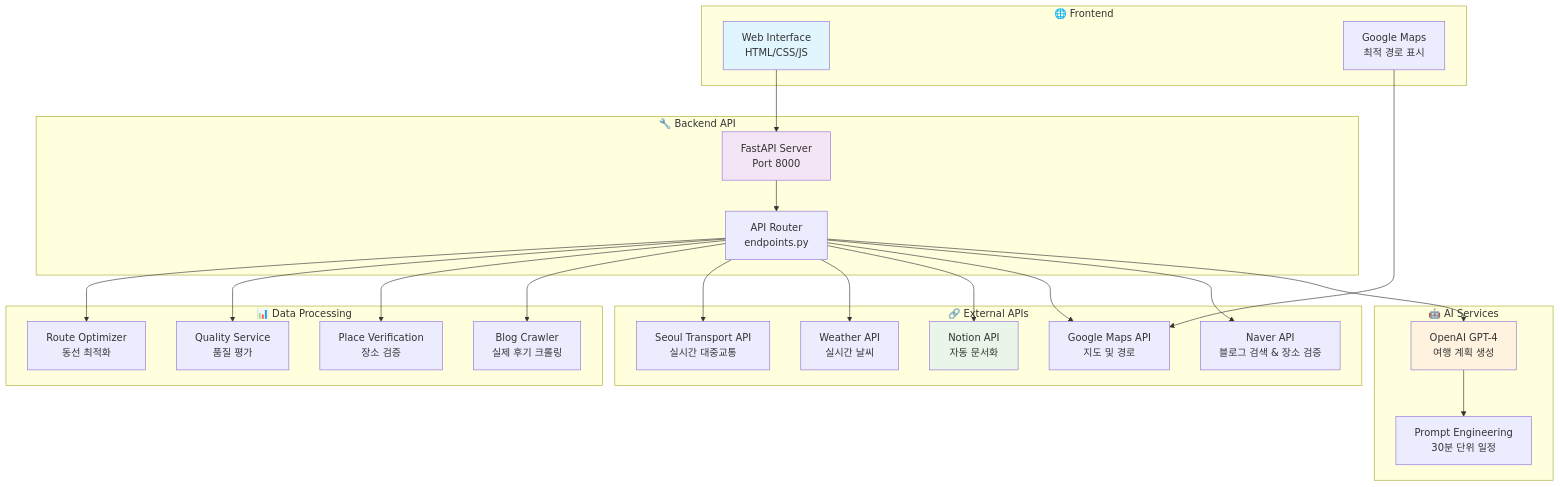
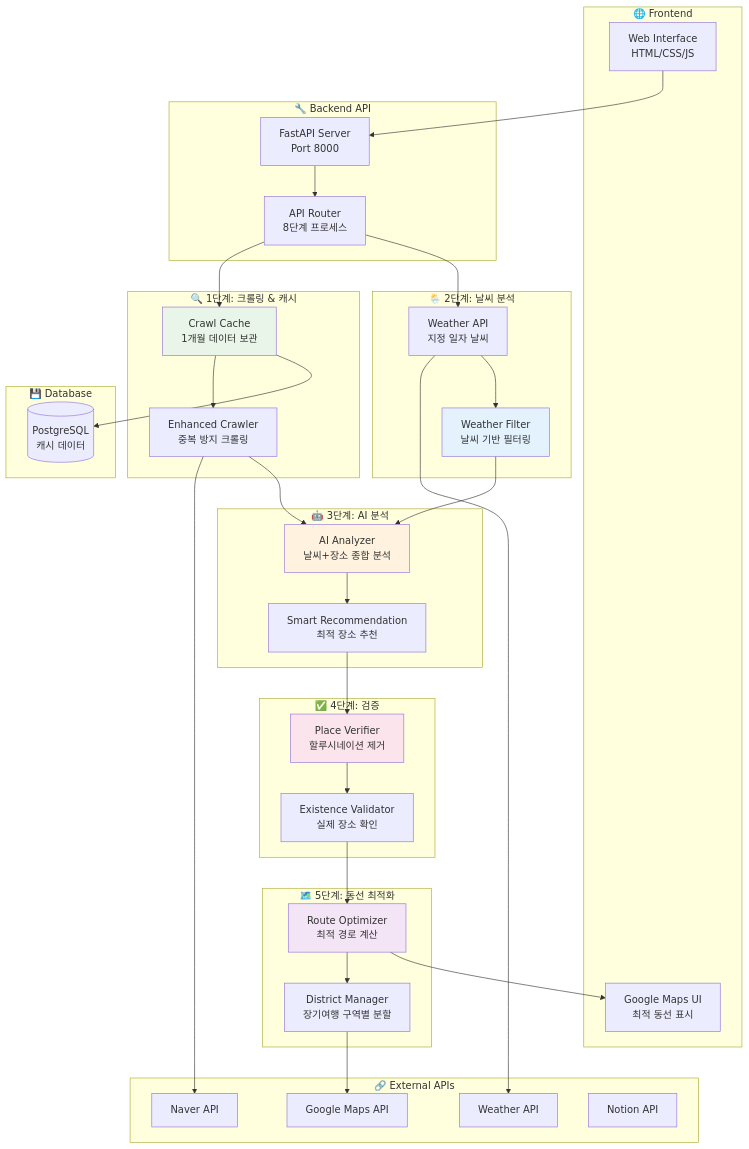
The first of 2 diagrams in README.MD (idle0403/travel-recommend-korea), drawn with Mermaid before and after one commit. The commit also changed other lines of this file and 21 other files, not shown here.

````diff
--- a/README.MD
+++ b/README.MD
@@ -11,52 +11,79 @@
 ```mermaid
 graph TB
     subgraph "🌐 Frontend"
         UI[Web Interface<br/>HTML/CSS/JS]
-        MAP[Google Maps<br/>최적 경로 표시]
+        MAP[Google Maps UI<br/>최적 동선 표시]
     end
     
     subgraph "🔧 Backend API"
         FAST[FastAPI Server<br/>Port 8000]
-        ROUTER[API Router<br/>endpoints.py]
+        ROUTER[API Router<br/>8단계 프로세스]
     end
     
-    subgraph "🤖 AI Services"
-        OPENAI[OpenAI GPT-4<br/>여행 계획 생성]
-        PROMPT[Prompt Engineering<br/>30분 단위 일정]
+    subgraph "🔍 1단계: 크롤링 & 캐시"
+        CACHE[Crawl Cache<br/>1개월 데이터 보관]
+        CRAWLER[Enhanced Crawler<br/>중복 방지 크롤링]
+    end
+    
+    subgraph "🌦️ 2단계: 날씨 분석"
+        WEATHER_API[Weather API<br/>지정 일자 날씨]
+        WEATHER_FILTER[Weather Filter<br/>날씨 기반 필터링]
+    end
+    
+    subgraph "🤖 3단계: AI 분석"
+        AI_ANALYZER[AI Analyzer<br/>날씨+장소 종합 분석]
+        RECOMMENDATION[Smart Recommendation<br/>최적 장소 추천]
+    end
+    
+    subgraph "✅ 4단계: 검증"
+        VERIFIER[Place Verifier<br/>할루시네이션 제거]
+        VALIDATOR[Existence Validator<br/>실제 장소 확인]
+    end
+    
+    subgraph "🗺️ 5단계: 동선 최적화"
+        ROUTE_OPT[Route Optimizer<br/>최적 경로 계산]
+        DISTRICT[District Manager<br/>장기여행 구역별 분할]
     end
     
     subgraph "🔗 External APIs"
-        NAVER[Naver API<br/>블로그 검색 & 장소 검증]
-        GMAPS[Google Maps API<br/>지도 및 경로]
-        NOTION[Notion API<br/>자동 문서화]
-        WEATHER[Weather API<br/>실시간 날씨]
-        TRANSPORT[Seoul Transport API<br/>실시간 대중교통]
+        NAVER[Naver API]
+        GMAPS[Google Maps API]
+        WEATHER[Weather API]
+        NOTION[Notion API]
     end
     
-    subgraph "📊 Data Processing"
-        BLOG[Blog Crawler<br/>실제 후기 크롤링]
-        VERIFY[Place Verification<br/>장소 검증]
-        QUALITY[Quality Service<br/>품질 평가]
-        ROUTE[Route Optimizer<br/>동선 최적화]
+    subgraph "💾 Database"
+        POSTGRES[(PostgreSQL<br/>캐시 데이터)]
     end
     
     UI --> FAST
-    MAP --> GMAPS
     FAST --> ROUTER
-    ROUTER --> OPENAI
-    OPENAI --> PROMPT
-    ROUTER --> NAVER
-    ROUTER --> GMAPS
-    ROUTER --> NOTION
-    ROUTER --> WEATHER
-    ROUTER --> TRANSPORT
-    ROUTER --> BLOG
-    ROUTER --> VERIFY
-    ROUTER --> QUALITY
-    ROUTER --> ROUTE
     
-    style UI fill:#e1f5fe
-    style FAST fill:#f3e5f5
-    style OPENAI fill:#fff3e0
-    style NOTION fill:#e8f5e8
+    ROUTER --> CACHE
+    CACHE --> CRAWLER
+    CRAWLER --> NAVER
+    
+    ROUTER --> WEATHER_API
+    WEATHER_API --> WEATHER
+    WEATHER_API --> WEATHER_FILTER
+    
+    WEATHER_FILTER --> AI_ANALYZER
+    CRAWLER --> AI_ANALYZER
+    AI_ANALYZER --> RECOMMENDATION
+    
+    RECOMMENDATION --> VERIFIER
+    VERIFIER --> VALIDATOR
+    
+    VALIDATOR --> ROUTE_OPT
+    ROUTE_OPT --> DISTRICT
+    DISTRICT --> GMAPS
+    
+    CACHE --> POSTGRES
+    ROUTE_OPT --> MAP
+    
+    style CACHE fill:#e8f5e8
+    style WEATHER_FILTER fill:#e3f2fd
+    style AI_ANALYZER fill:#fff3e0
+    style VERIFIER fill:#fce4ec
+    style ROUTE_OPT fill:#f3e5f5
 ```
````
